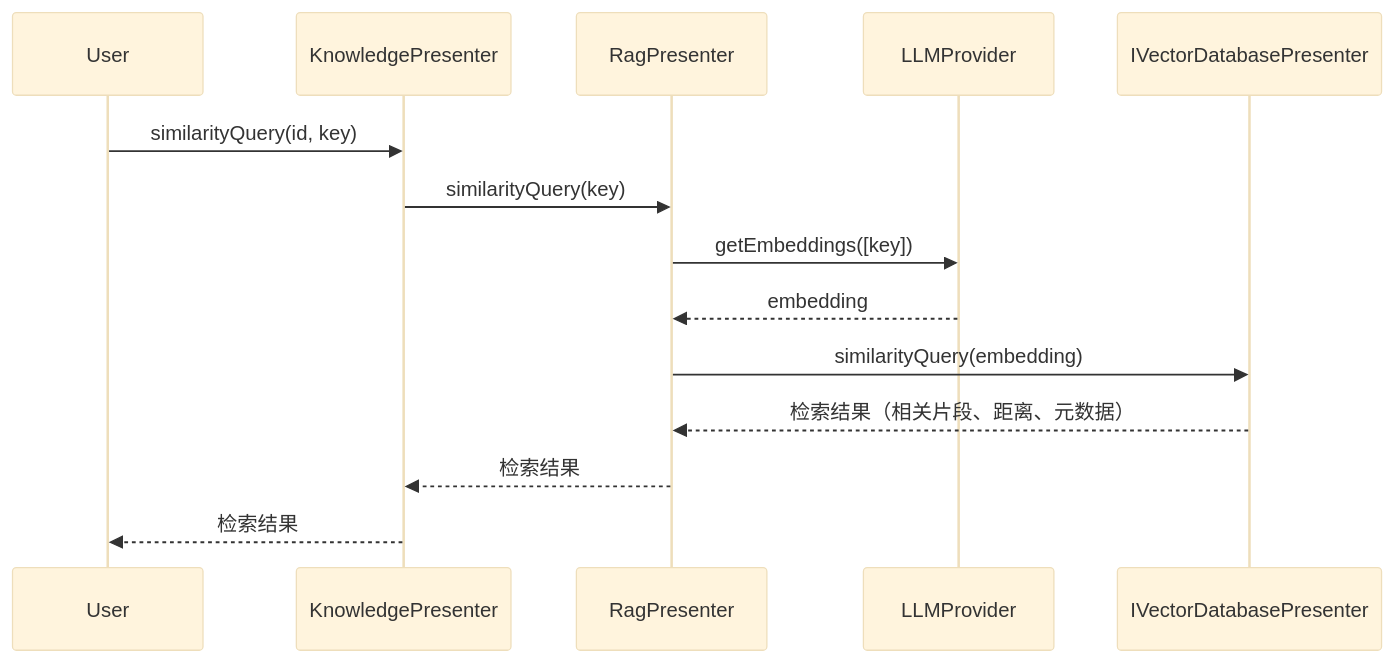
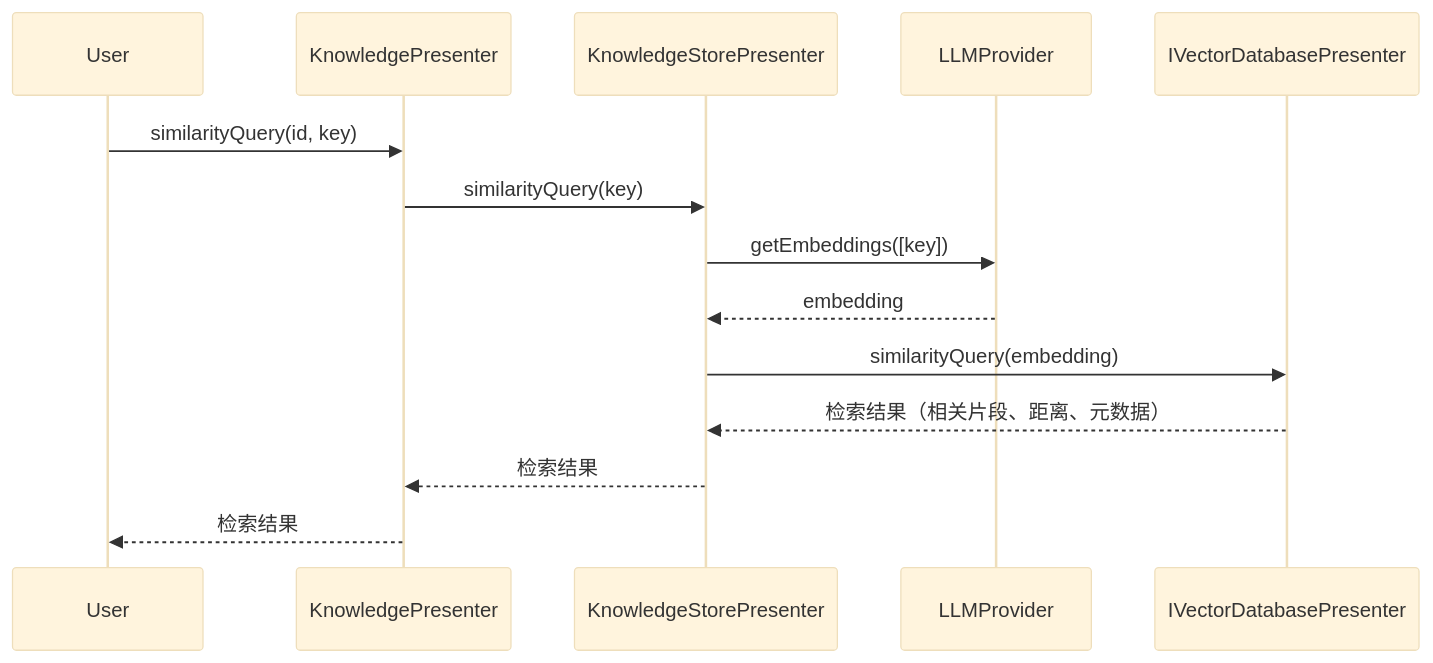
The second of 4 diagrams in docs/builtin-knowledge-design.md (wangle201210/deepchat), drawn with Mermaid (base theme) before and after one commit. The commit also changed other lines of this file and 4 other files, not shown here.

Commit message:
feat: refactor BuiltinKnowledge module by replacing RagPresenter with KnowledgeStorePresenter and updating related components

````diff
--- a/docs/builtin-knowledge-design.md
+++ b/docs/builtin-knowledge-design.md
@@ -86,17 +86,17 @@
 ```mermaid
 sequenceDiagram
     participant User
     participant KnowledgePresenter
-    participant RagPresenter
+    participant KnowledgeStorePresenter
     participant LLMProvider
     participant IVectorDatabasePresenter
 
     User->>KnowledgePresenter: similarityQuery(id, key)
-    KnowledgePresenter->>RagPresenter: similarityQuery(key)
-    RagPresenter->>LLMProvider: getEmbeddings([key])
-    LLMProvider-->>RagPresenter: embedding
-    RagPresenter->>IVectorDatabasePresenter: similarityQuery(embedding)
-    IVectorDatabasePresenter-->>RagPresenter: 检索结果（相关片段、距离、元数据）
-    RagPresenter-->>KnowledgePresenter: 检索结果
+    KnowledgePresenter->>KnowledgeStorePresenter: similarityQuery(key)
+    KnowledgeStorePresenter->>LLMProvider: getEmbeddings([key])
+    LLMProvider-->>KnowledgeStorePresenter: embedding
+    KnowledgeStorePresenter->>IVectorDatabasePresenter: similarityQuery(embedding)
+    IVectorDatabasePresenter-->>KnowledgeStorePresenter: 检索结果（相关片段、距离、元数据）
+    KnowledgeStorePresenter-->>KnowledgePresenter: 检索结果
     KnowledgePresenter-->>User: 检索结果
 ```
````
